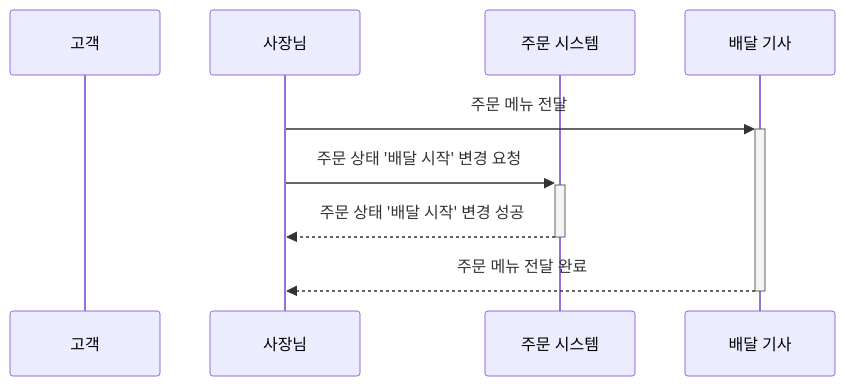
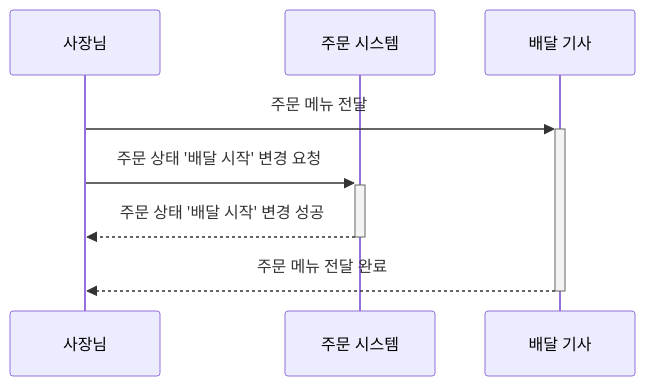
Before and after one commit to next-step/ddd-strategic-design: diagram 12 of 33 in README.md, drawn with Mermaid. The commit also changed other lines of this file and 5 other files, not shown here.

````diff
--- a/README.md
+++ b/README.md
@@ -432,12 +538,11 @@
 ```mermaid
 sequenceDiagram
-    participant Customer as 고객
     participant RestaurantOwner as 사장님
     participant System as 주문 시스템
     participant DeliveryRider as 배달 기사
     
     RestaurantOwner->>+DeliveryRider: 주문 메뉴 전달
     RestaurantOwner->>+System: 주문 상태 '배달 시작' 변경 요청 
     System-->>-RestaurantOwner: 주문 상태 '배달 시작' 변경 성공
     DeliveryRider-->>-RestaurantOwner: 주문 메뉴 전달 완료
 ```
````
